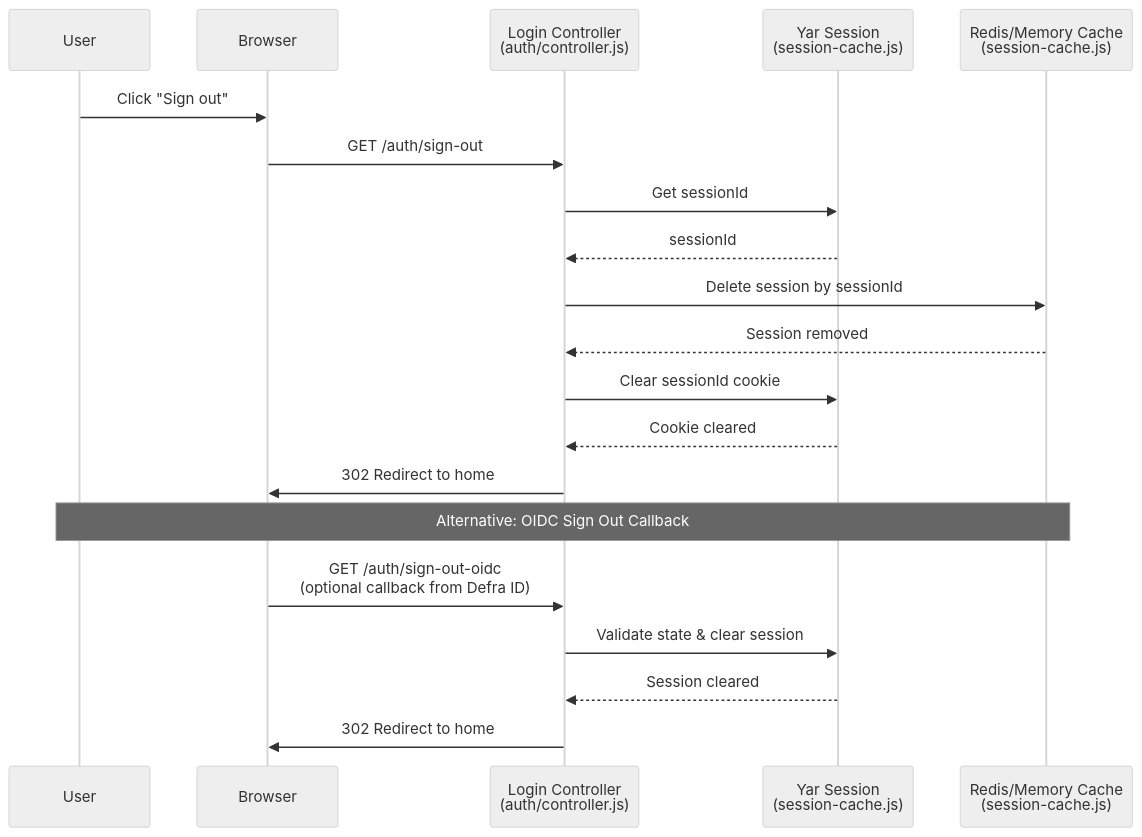
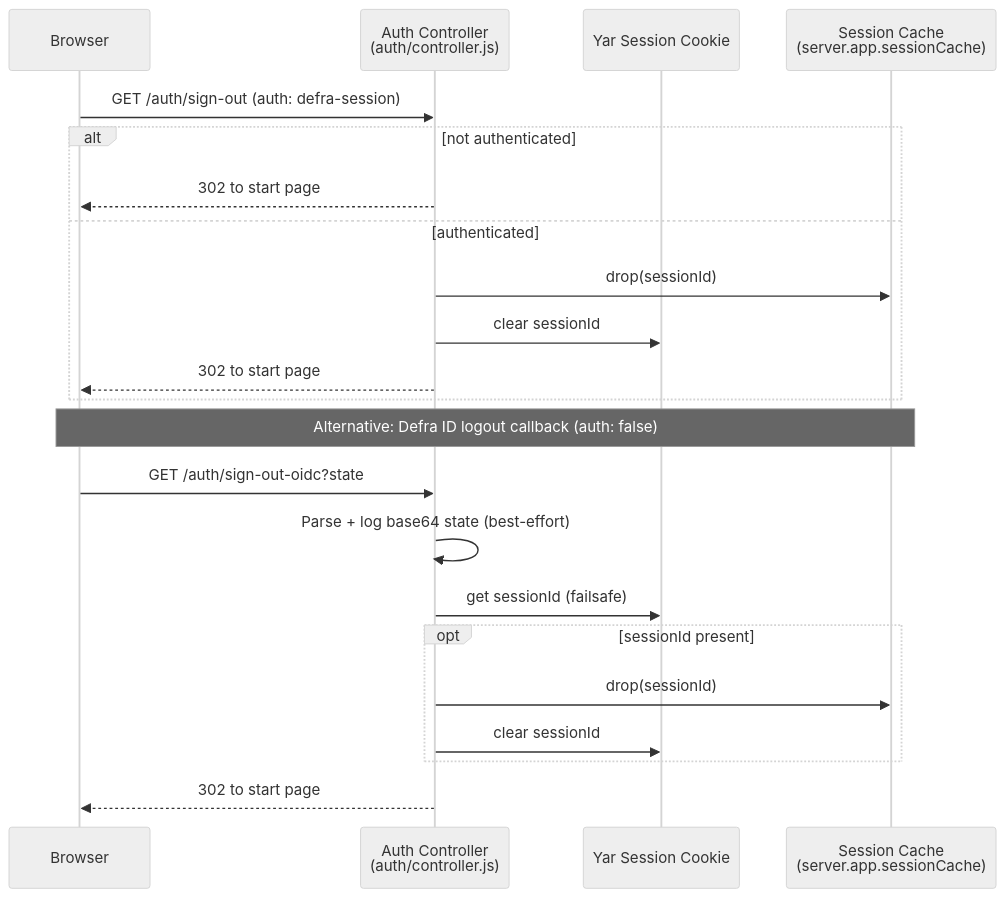
The diagram in docs/auth/sign-out-flow.mermaid (DEFRA/nrf-frontend), drawn with Mermaid (neutral theme) before and after one commit. The commit also changed 3 other files, not shown here.

Commit message:
Update defra ID docs & flow diagrams

```diff
--- a/docs/auth/sign-out-flow.mermaid
+++ b/docs/auth/sign-out-flow.mermaid
@@ -1,25 +1,27 @@
 sequenceDiagram
-    participant User
     participant Browser
-    participant LoginCtrl as Login Controller<br/>(auth/controller.js)
-    participant YarSession as Yar Session<br/>(session-cache.js)
-    participant Cache as Redis/Memory Cache<br/>(session-cache.js)
+    participant Ctrl as Auth Controller<br/>(auth/controller.js)
+    participant Yar as Yar Session Cookie
+    participant Cache as Session Cache<br/>(server.app.sessionCache)
 
-    %% User-Initiated Sign Out
-    User->>Browser: Click "Sign out"
-    Browser->>LoginCtrl: GET /auth/sign-out
-    LoginCtrl->>YarSession: Get sessionId
-    YarSession-->>LoginCtrl: sessionId
-    LoginCtrl->>Cache: Delete session by sessionId
-    Cache-->>LoginCtrl: Session removed
-    LoginCtrl->>YarSession: Clear sessionId cookie
-    YarSession-->>LoginCtrl: Cookie cleared
-    LoginCtrl->>Browser: 302 Redirect to home
+    %% User-initiated sign out (requires active session)
+    Browser->>Ctrl: GET /auth/sign-out  (auth: defra-session)
+    alt not authenticated
+        Ctrl-->>Browser: 302 to start page
+    else authenticated
+        Ctrl->>Cache: drop(sessionId)
+        Ctrl->>Yar: clear sessionId
+        Ctrl-->>Browser: 302 to start page
+    end
 
-    Note over User,Cache: Alternative: OIDC Sign Out Callback
+    Note over Browser,Cache: Alternative: Defra ID logout callback (auth: false)
 
-    %% OIDC Sign Out Callback (when user signs out from Defra ID)
-    Browser->>LoginCtrl: GET /auth/sign-out-oidc<br/>(optional callback from Defra ID)
-    LoginCtrl->>YarSession: Validate state & clear session
-    YarSession-->>LoginCtrl: Session cleared
-    LoginCtrl->>Browser: 302 Redirect to home
+    %% OIDC sign-out callback
+    Browser->>Ctrl: GET /auth/sign-out-oidc?state
+    Ctrl->>Ctrl: Parse + log base64 state (best-effort)
+    Ctrl->>Yar: get sessionId (failsafe)
+    opt sessionId present
+        Ctrl->>Cache: drop(sessionId)
+        Ctrl->>Yar: clear sessionId
+    end
+    Ctrl-->>Browser: 302 to start page
```
